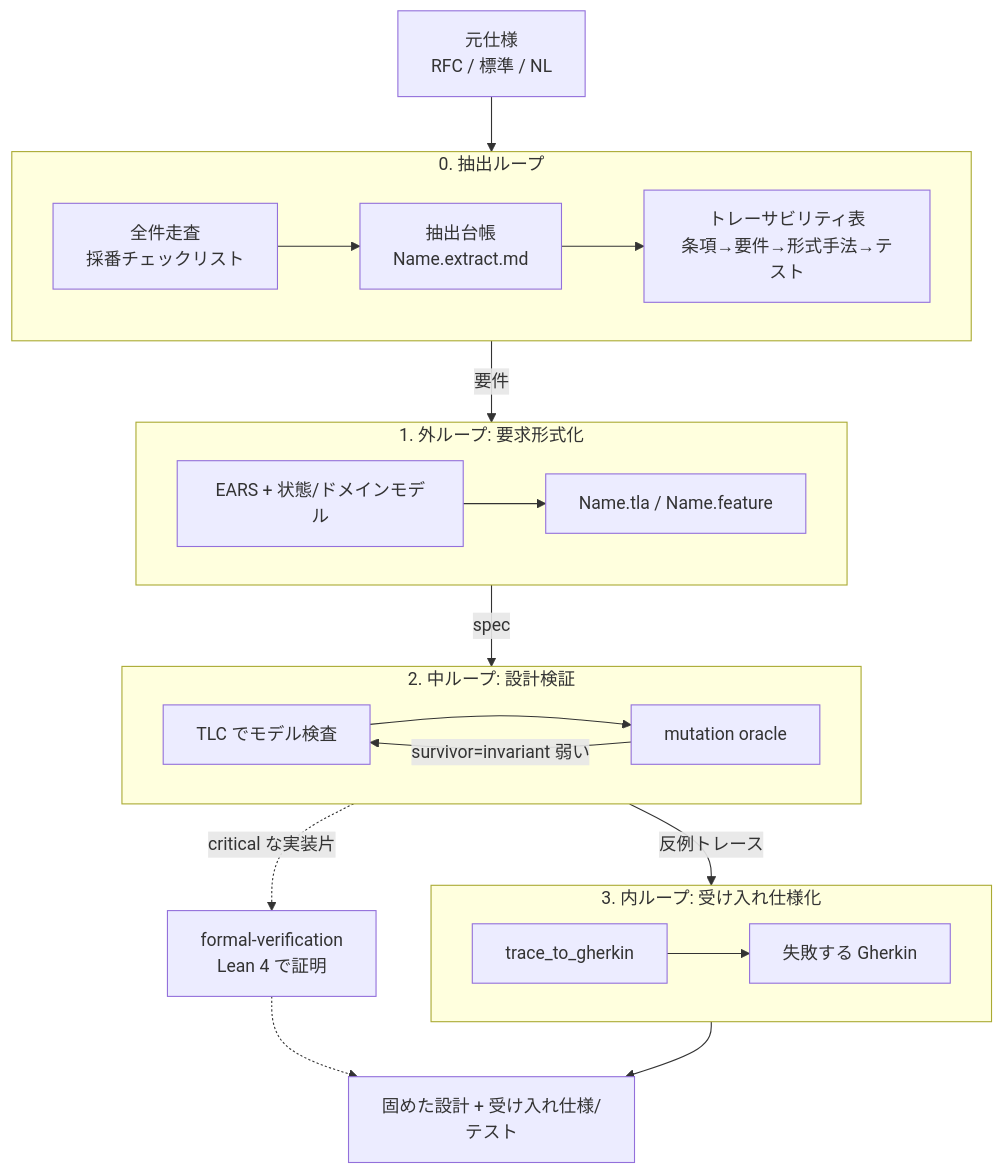
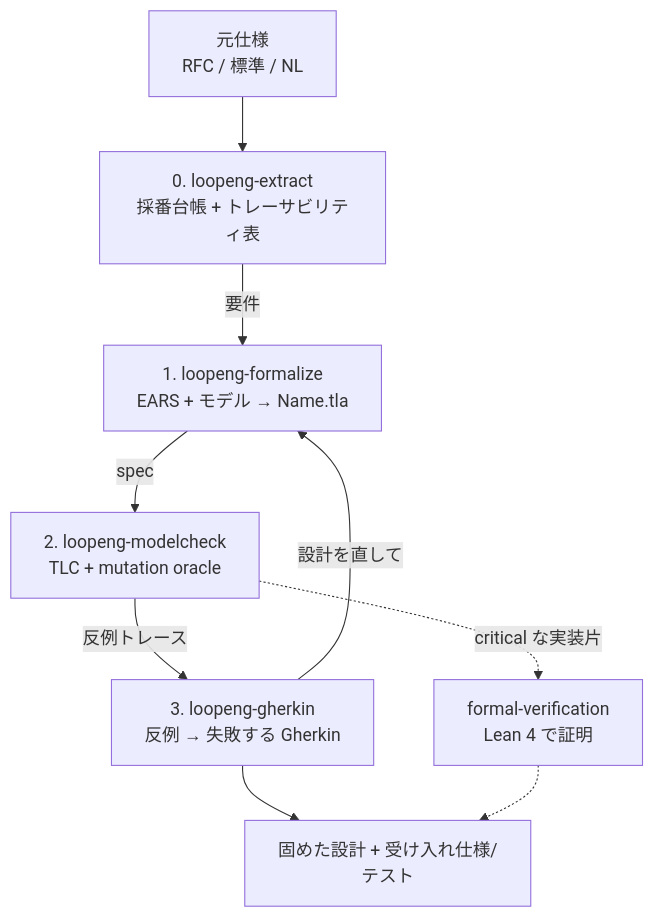
Before and after one commit to Hakkadaikon/hymme: the diagram in skills/loop-engineering/SKILL.md, drawn with Mermaid. The commit also changed other lines of this file and 2 other files, not shown here.

First line of the commit message:
feat(skills): split loopeng-extract phase skill from loop-engineering

````diff
--- a/skills/loop-engineering/SKILL.md
+++ b/skills/loop-engineering/SKILL.md
@@ -42,24 +46,11 @@
 ```mermaid
 flowchart TD
-    SPEC[元仕様<br/>RFC / 標準 / NL] --> L0
-    subgraph L0[0. 抽出ループ]
-        E1[全件走査<br/>採番チェックリスト] --> E2[抽出台帳<br/>Name.extract.md]
-        E2 --> E3[トレーサビリティ表<br/>条項→要件→形式手法→テスト]
-    end
-    L0 -->|要件| L1
-    subgraph L1[1. 外ループ: 要求形式化]
-        O1[EARS + 状態/ドメインモデル] --> O2[Name.tla / Name.feature]
-    end
-    L1 -->|spec| L2
-    subgraph L2[2. 中ループ: 設計検証]
-        M1[TLC でモデル検査] --> M2[mutation oracle]
-        M2 -->|survivor=invariant 弱い| M1
-    end
-    L2 -->|反例トレース| L3
-    subgraph L3[3. 内ループ: 受け入れ仕様化]
-        I1[trace_to_gherkin] --> I2[失敗する Gherkin]
-    end
+    SPEC[元仕様<br/>RFC / 標準 / NL] --> L0[0. loopeng-extract<br/>採番台帳 + トレーサビリティ表]
+    L0 -->|要件| L1[1. loopeng-formalize<br/>EARS + モデル → Name.tla]
+    L1 -->|spec| L2[2. loopeng-modelcheck<br/>TLC + mutation oracle]
+    L2 -->|反例トレース| L3[3. loopeng-gherkin<br/>反例 → 失敗する Gherkin]
+    L3 -->|設計を直して| L1
+    L2 -.->|critical な実装片| LEAN[formal-verification<br/>Lean 4 で証明]
     L3 --> OUT[固めた設計 + 受け入れ仕様/テスト]
-    L2 -.->|critical な実装片| LEAN[formal-verification<br/>Lean 4 で証明]
     LEAN -.-> OUT
 ```
````
